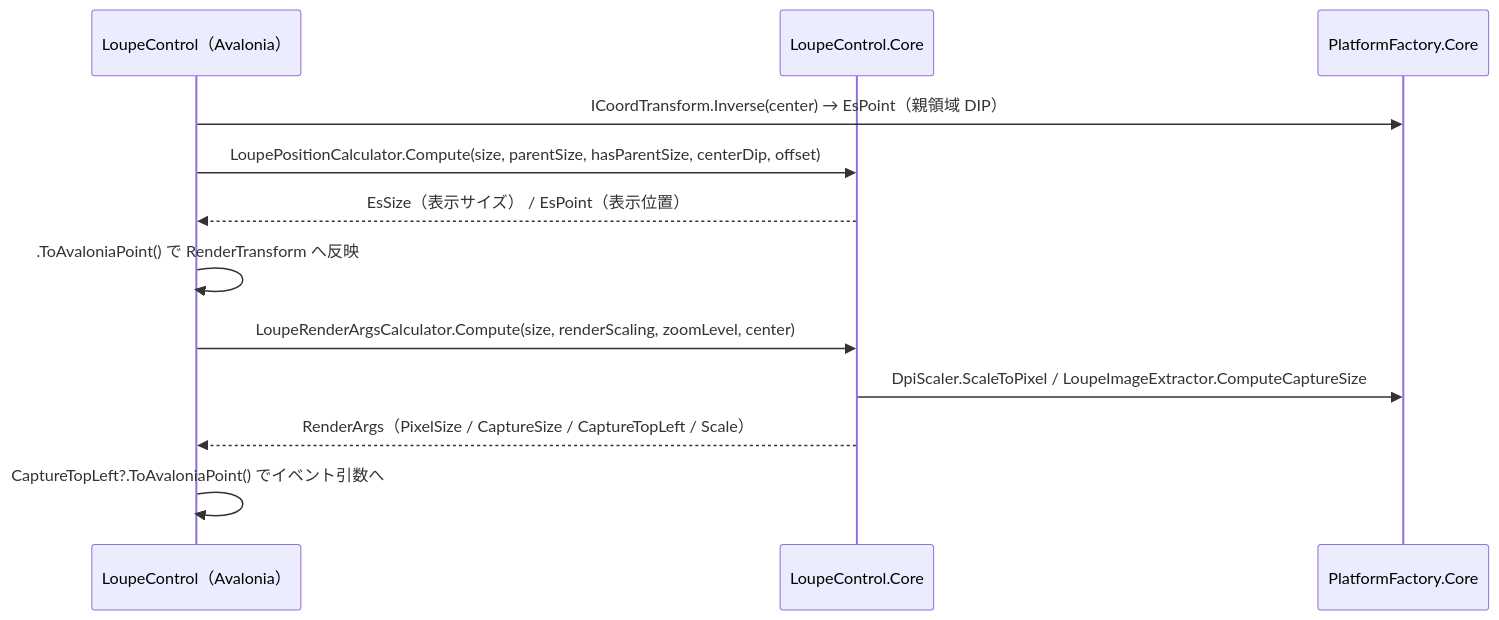
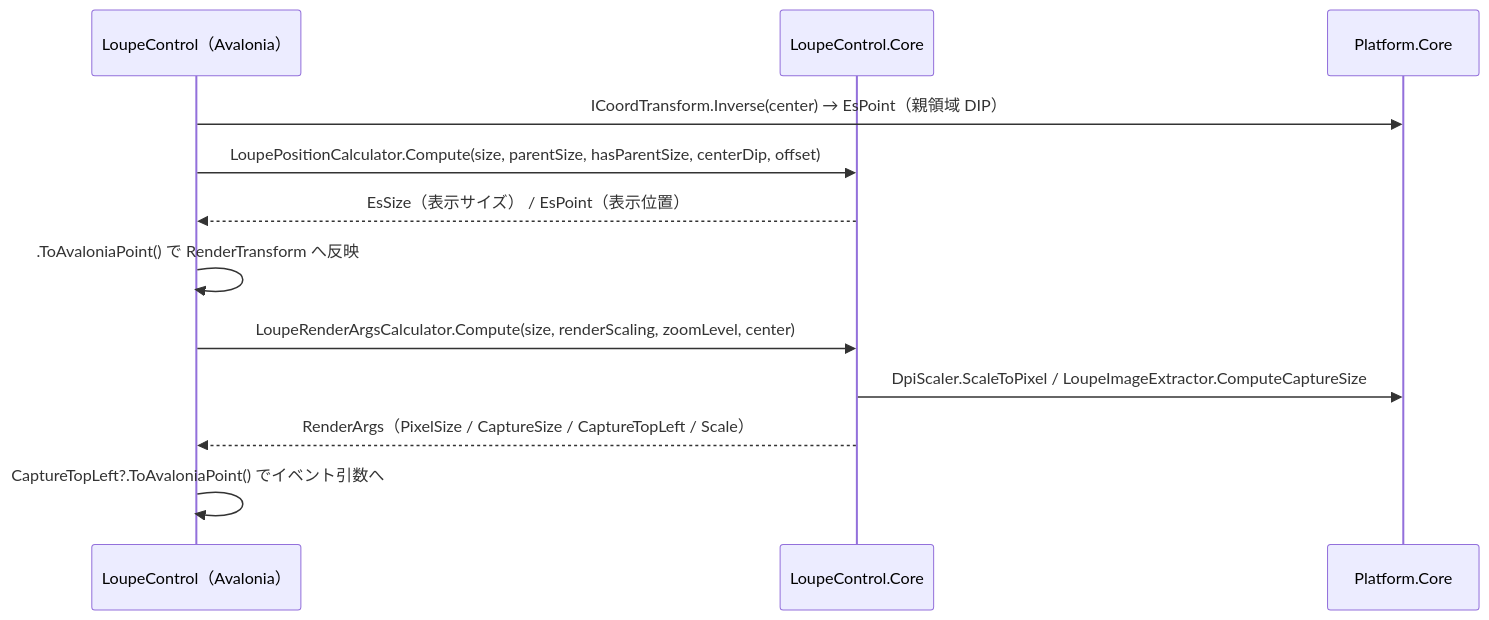
Before and after one commit to tomokuni/SaveEvidence: the second of 2 diagrams in src/LoupeControl.Core/SPEC_System.md, drawn with Mermaid. The commit also changed other lines of this file and 504 other files, not shown here.

````diff
--- a/src/LoupeControl.Core/SPEC_System.md
+++ b/src/LoupeControl.Core/SPEC_System.md
@@ -37,16 +37,16 @@
 ```mermaid
 sequenceDiagram
   participant UI as LoupeControl（Avalonia）
   participant Core as LoupeControl.Core
-  participant PC as PlatformFactory.Core
+  participant PC as Platform.Core
 
   UI->>PC: ICoordTransform.Inverse(center) → EsPoint（親領域 DIP）
   UI->>Core: LoupePositionCalculator.Compute(size, parentSize, hasParentSize, centerDip, offset)
   Core-->>UI: EsSize（表示サイズ） / EsPoint（表示位置）
   UI->>UI: .ToAvaloniaPoint() で RenderTransform へ反映
 
   UI->>Core: LoupeRenderArgsCalculator.Compute(size, renderScaling, zoomLevel, center)
   Core->>PC: DpiScaler.ScaleToPixel / LoupeImageExtractor.ComputeCaptureSize
   Core-->>UI: RenderArgs（PixelSize / CaptureSize / CaptureTopLeft / Scale）
   UI->>UI: CaptureTopLeft?.ToAvaloniaPoint() でイベント引数へ
 ```
````
